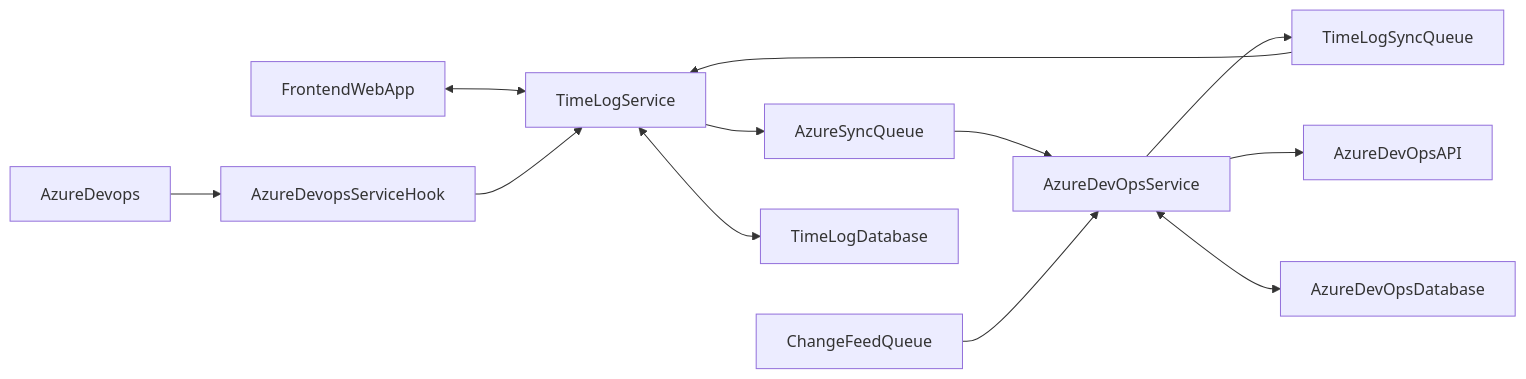
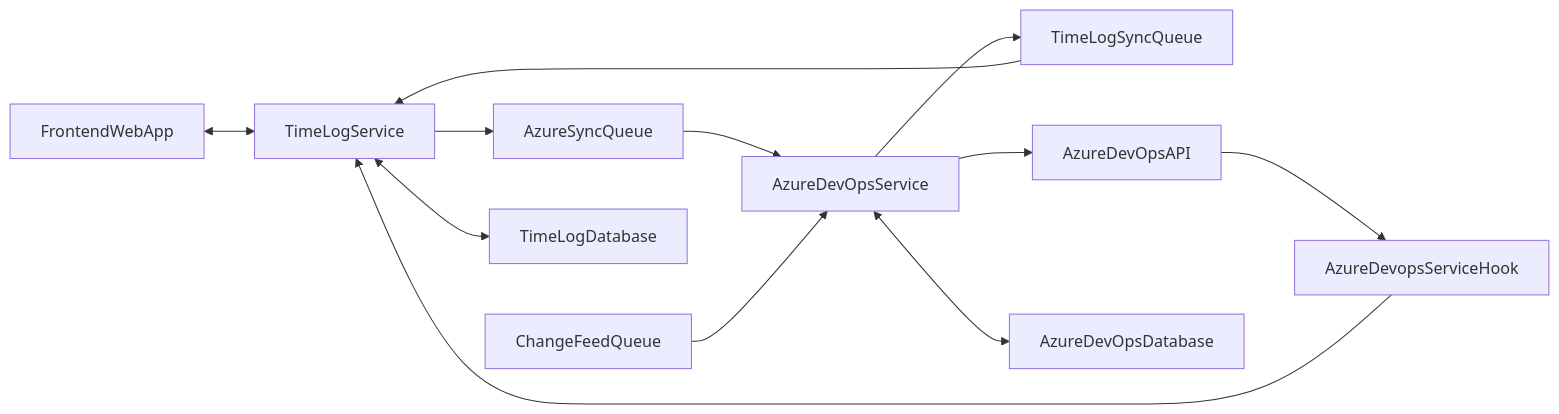
One commit to TunNetCom/TunNetCom-AionTime changed the diagram in README.md. Above: the diagram before and after it, drawn with Mermaid.

````diff
--- a/README.md
+++ b/README.md
@@ -15,14 +15,14 @@
 ```mermaid
 flowchart LR;
     FrontendWebApp <--> TimeLogService;
     TimeLogService --> AzureSyncQueue;
     AzureSyncQueue --> AzureDevOpsService;
     AzureDevOpsService --> TimeLogSyncQueue;
     TimeLogSyncQueue --> TimeLogService;
     ChangeFeedQueue --> AzureDevOpsService;
     AzureDevOpsService --> AzureDevOpsAPI;
     AzureDevOpsService <--> AzureDevOpsDatabase;
     TimeLogService <--> TimeLogDatabase;
-    AzureDevops --> AzureDevopsServiceHook;
+    AzureDevOpsAPI --> AzureDevopsServiceHook;
     AzureDevopsServiceHook --> TimeLogService
 ```
````
